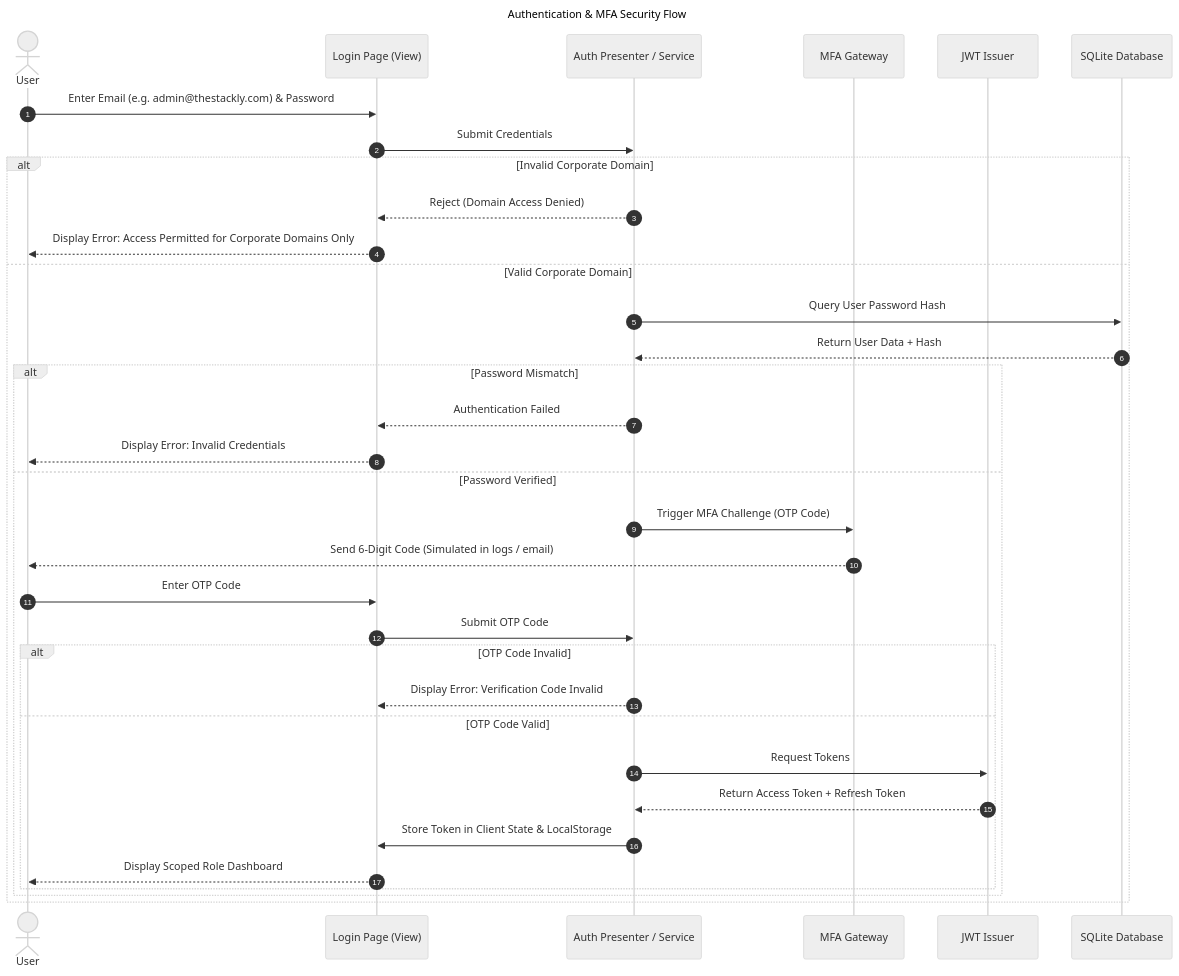
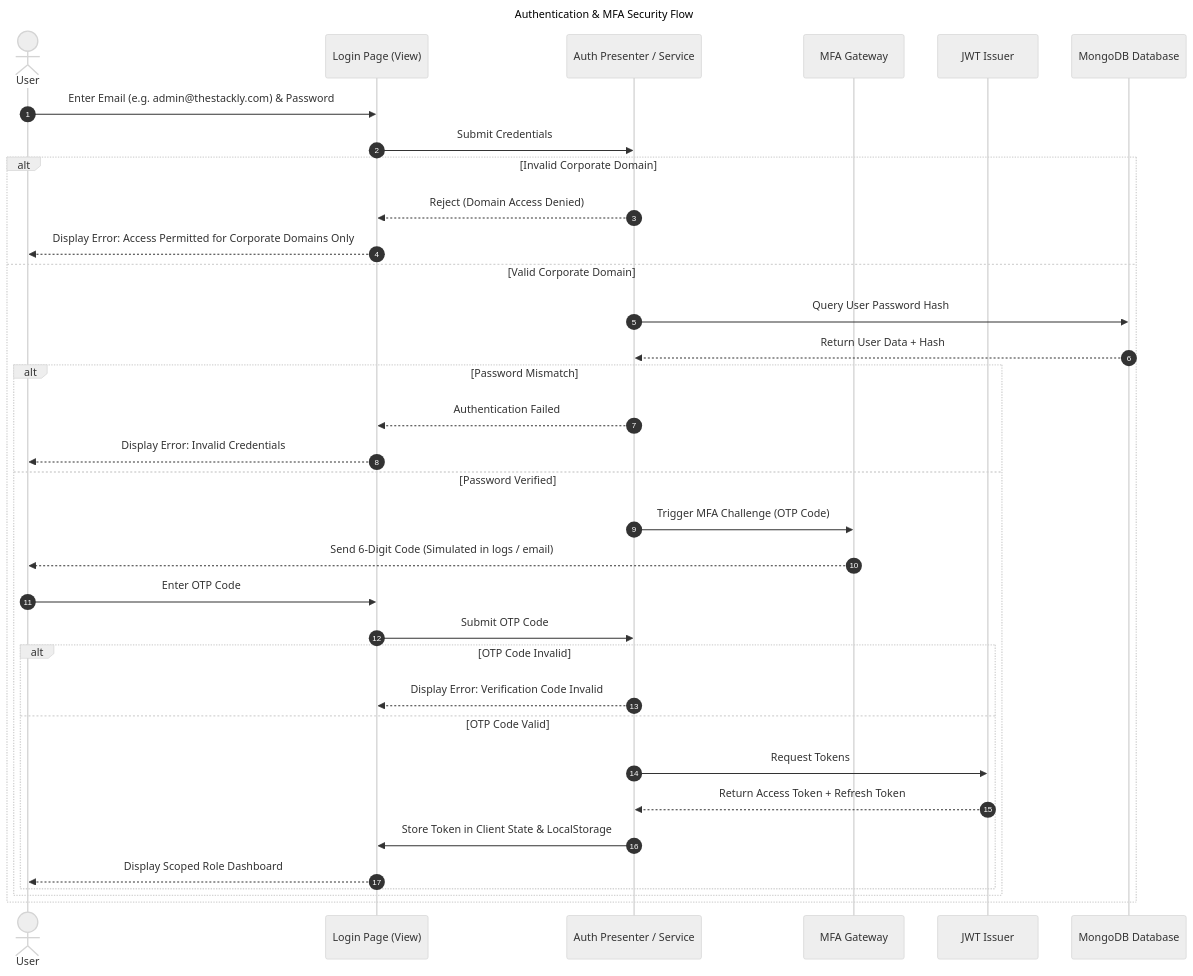
Before and after one commit to maheswari-pinneti/WFA-Rolebased-Architecture: the diagram in docs/flowcharts/03-authentication-mfa-flow.md, drawn with Mermaid (neutral theme). The commit also changed 18 other files, not shown here.

Commit message:
docs and architecture added

````diff
--- a/docs/flowcharts/03-authentication-mfa-flow.md
+++ b/docs/flowcharts/03-authentication-mfa-flow.md
@@ -5,41 +5,41 @@
 ```mermaid
 sequenceDiagram
     autonumber
     title Authentication & MFA Security Flow
     actor User
     participant View as Login Page (View)
     participant Pres as Auth Presenter / Service
     participant MFA as MFA Gateway
     participant JWT as JWT Issuer
-    participant DB as SQLite Database
+    participant DB as MongoDB Database
 
     User->>View: Enter Email (e.g. admin@thestackly.com) & Password
     View->>Pres: Submit Credentials
     
     alt Invalid Corporate Domain
         Pres-->>View: Reject (Domain Access Denied)
         View-->>User: Display Error: Access Permitted for Corporate Domains Only
     else Valid Corporate Domain
         Pres->>DB: Query User Password Hash
         DB-->>Pres: Return User Data + Hash
         
         alt Password Mismatch
             Pres-->>View: Authentication Failed
             View-->>User: Display Error: Invalid Credentials
         else Password Verified
             Pres->>MFA: Trigger MFA Challenge (OTP Code)
             MFA-->>User: Send 6-Digit Code (Simulated in logs / email)
             User->>View: Enter OTP Code
             View->>Pres: Submit OTP Code
             
             alt OTP Code Invalid
                 Pres-->>View: Display Error: Verification Code Invalid
             else OTP Code Valid
                 Pres->>JWT: Request Tokens
                 JWT-->>Pres: Return Access Token + Refresh Token
                 Pres->>View: Store Token in Client State & LocalStorage
                 View-->>User: Display Scoped Role Dashboard
             end
         end
     end
 ```
````
